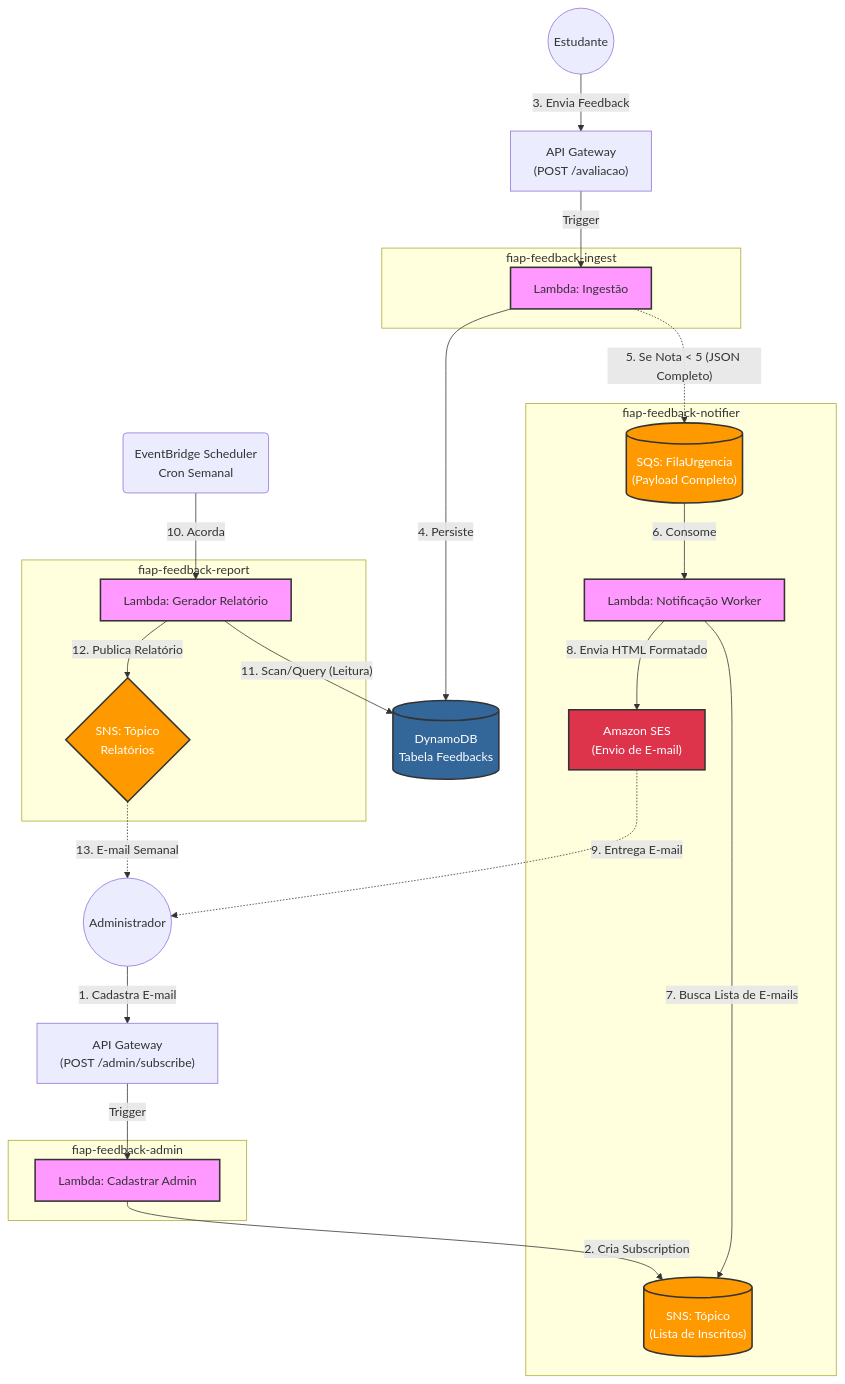
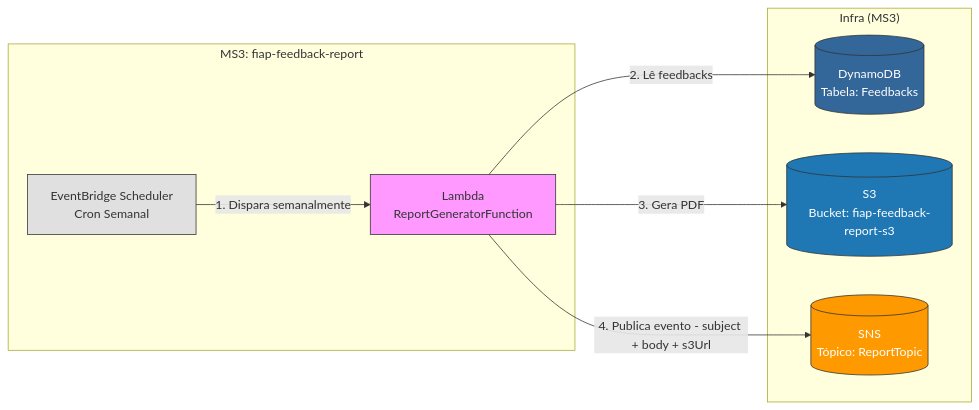
One commit to mainmtd/fiap-feedback-report-generator changed the diagram in README.md. Above: the diagram before and after it, drawn with Mermaid. The commit also changed other lines of this file and 1 other file, not shown here.

Commit message:
Ajustes em readme e estrutura da mensagem

````diff
--- a/README.md
+++ b/README.md
@@ -11,86 +14,31 @@
 ```mermaid
-graph TD
-    %% Atores Externos
-    Student((Estudante))
-    Admin((Administrador))
+flowchart LR
 
-    %% Gatilhos de Entrada
-    APIGateway_Feedback["API Gateway<br/>(POST /avaliacao)"]
-    APIGateway_Admin["API Gateway<br/>(POST /admin/subscribe)"]
-    Scheduler(EventBridge Scheduler<br/>Cron Semanal)
-
-    %% BANCO DE DADOS (Centralizado)
-    DB[("DynamoDB<br/>Tabela Feedbacks")]
-
-    %% ---------------------------------------------------------
-    %% MS 1: INGESTÃO
-    %% ---------------------------------------------------------
-    subgraph "fiap-feedback-ingest"
-        Lambda_Ingest["Lambda: Ingestão"]
+    subgraph MS3["MS3: fiap-feedback-report"]
+        Scheduler["EventBridge Scheduler<br/>Cron Semanal"]
+        Lambda_Report["Lambda<br/>ReportGeneratorFunction"]
     end
 
-    %% ---------------------------------------------------------
-    %% MS 4: GESTÃO DE ADMINS
-    %% ---------------------------------------------------------
-    subgraph "fiap-feedback-admin"
-        Lambda_Admin["Lambda: Cadastrar Admin"]
+    subgraph Infra["Infra (MS3)"]
+        DB[("DynamoDB<br/>Tabela: Feedbacks")]
+        S3_Reports[("S3<br/>Bucket: fiap-feedback-report-s3")]
+        SNS_Reports[("SNS<br/>Tópico: ReportTopic")]
     end
 
-    %% ---------------------------------------------------------
-    %% MS 2: NOTIFICAÇÃO (Este Repositório)
-    %% ---------------------------------------------------------
-    subgraph "fiap-feedback-notifier"
-        SQS_Queue[("SQS: FilaUrgencia<br/>(Payload Completo)")]
-        Lambda_Notifier["Lambda: Notificação Worker"]
-        SNS_Registry[("SNS: Tópico<br/>(Lista de Inscritos)")]
-        SES_Service["Amazon SES<br/>(Envio de E-mail)"]
-    end
+    Scheduler -->|1. Dispara semanalmente| Lambda_Report
+    Lambda_Report -->|2. Lê feedbacks| DB
+    Lambda_Report -->|3. Gera PDF| S3_Reports
+    Lambda_Report -->|4. Publica evento - subject + body + s3Url| SNS_Reports
 
-    %% ---------------------------------------------------------
-    %% MS 3: RELATÓRIO
-    %% ---------------------------------------------------------
-    subgraph "fiap-feedback-report"
-        Lambda_Report["Lambda: Gerador Relatório"]
-        SNS_Reports{"SNS: Tópico<br/>Relatórios"}
-    end
+    classDef lambda fill:#f9f,stroke:#333,stroke-width:1px;
+    classDef db fill:#336699,stroke:#333,stroke-width:1px,color:#fff;
+    classDef s3 fill:#1f77b4,stroke:#333,stroke-width:1px,color:#fff;
+    classDef sns fill:#ff9900,stroke:#333,stroke-width:1px,color:#fff;
+    classDef scheduler fill:#e0e0e0,stroke:#333,stroke-width:1px;
 
-    %% --- FLUXOS DE COMUNICAÇÃO ---
-
-    %% Fluxo de Cadastro de Admin (MS 4)
-    Admin -->|1. Cadastra E-mail| APIGateway_Admin
-    APIGateway_Admin -->|Trigger| Lambda_Admin
-    Lambda_Admin -- "2. Cria Subscription" --> SNS_Registry
-
-    %% Fluxo de Entrada de Feedback (MS 1)
-    Student -->|3. Envia Feedback| APIGateway_Feedback
-    APIGateway_Feedback -->|Trigger| Lambda_Ingest
-    
-    %% Lógica MS 1
-    Lambda_Ingest -->|4. Persiste| DB
-    Lambda_Ingest -.->|"5. Se Nota < 5 (JSON Completo)"| SQS_Queue
-
-    %% Lógica MS 2 (Worker com Template HTML)
-    SQS_Queue -->|6. Consome| Lambda_Notifier
-    Lambda_Notifier -- "7. Busca Lista de E-mails" --> SNS_Registry
-    Lambda_Notifier -- "8. Envia HTML Formatado" --> SES_Service
-    SES_Service -.->|9. Entrega E-mail| Admin
-
-    %% Lógica MS 3 (Batch)
-    Scheduler -->|10. Acorda| Lambda_Report
-    Lambda_Report -->|"11. Scan/Query (Leitura)"| DB
-    Lambda_Report -->|12. Publica Relatório| SNS_Reports
-    SNS_Reports -.->|13. E-mail Semanal| Admin
-
-    %% Estilização Visual
-    style Lambda_Ingest fill:#f9f,stroke:#333,stroke-width:2px
-    style Lambda_Notifier fill:#f9f,stroke:#333,stroke-width:2px
-    style Lambda_Report fill:#f9f,stroke:#333,stroke-width:2px
-    style Lambda_Admin fill:#f9f,stroke:#333,stroke-width:2px
-    
-    style SQS_Queue fill:#ff9900,stroke:#333,stroke-width:2px,color:white
-    style SNS_Registry fill:#ff9900,stroke:#333,stroke-width:2px,color:white
-    style SNS_Reports fill:#ff9900,stroke:#333,stroke-width:2px,color:white
-    style SES_Service fill:#DD344C,stroke:#333,stroke-width:2px,color:white
-    
-    style DB fill:#336699,stroke:#333,stroke-width:2px,color:white
+    class Lambda_Report lambda;
+    class DB db;
+    class S3_Reports s3;
+    class SNS_Reports sns;
+    class Scheduler scheduler;
 ```
````
